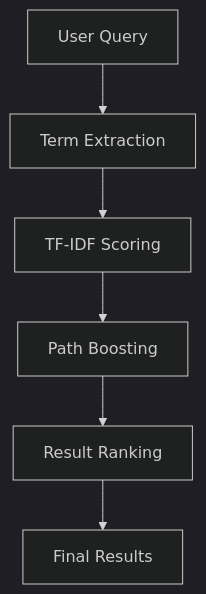
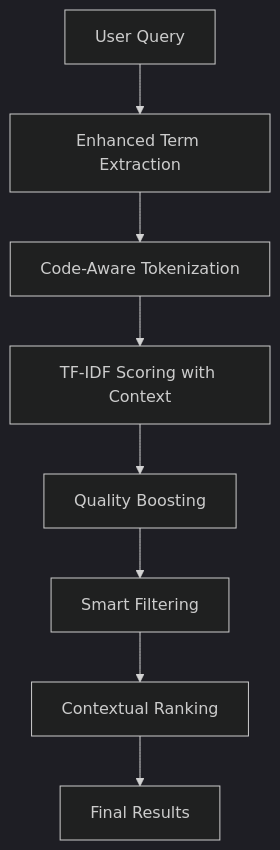
One commit to marshaltudu14/marshal-indexer changed the first of 2 diagrams in ARCHITECTURE.md. Above: the diagram before and after it, drawn with Mermaid (dark theme). The commit also changed other lines of this file and 8 other files, not shown here.

````diff
--- a/ARCHITECTURE.md
+++ b/ARCHITECTURE.md
@@ -45,8 +59,10 @@
 ```mermaid
 graph TD
-    A[User Query] --> B[Term Extraction]
-    B --> C[TF-IDF Scoring]
-    C --> D[Path Boosting]
-    D --> E[Result Ranking]
-    E --> F[Final Results]
+    A[User Query] --> B[Enhanced Term Extraction]
+    B --> C[Code-Aware Tokenization]
+    C --> D[TF-IDF Scoring with Context]
+    D --> E[Quality Boosting]
+    E --> F[Smart Filtering]
+    F --> G[Contextual Ranking]
+    G --> H[Final Results]
 ```
````
